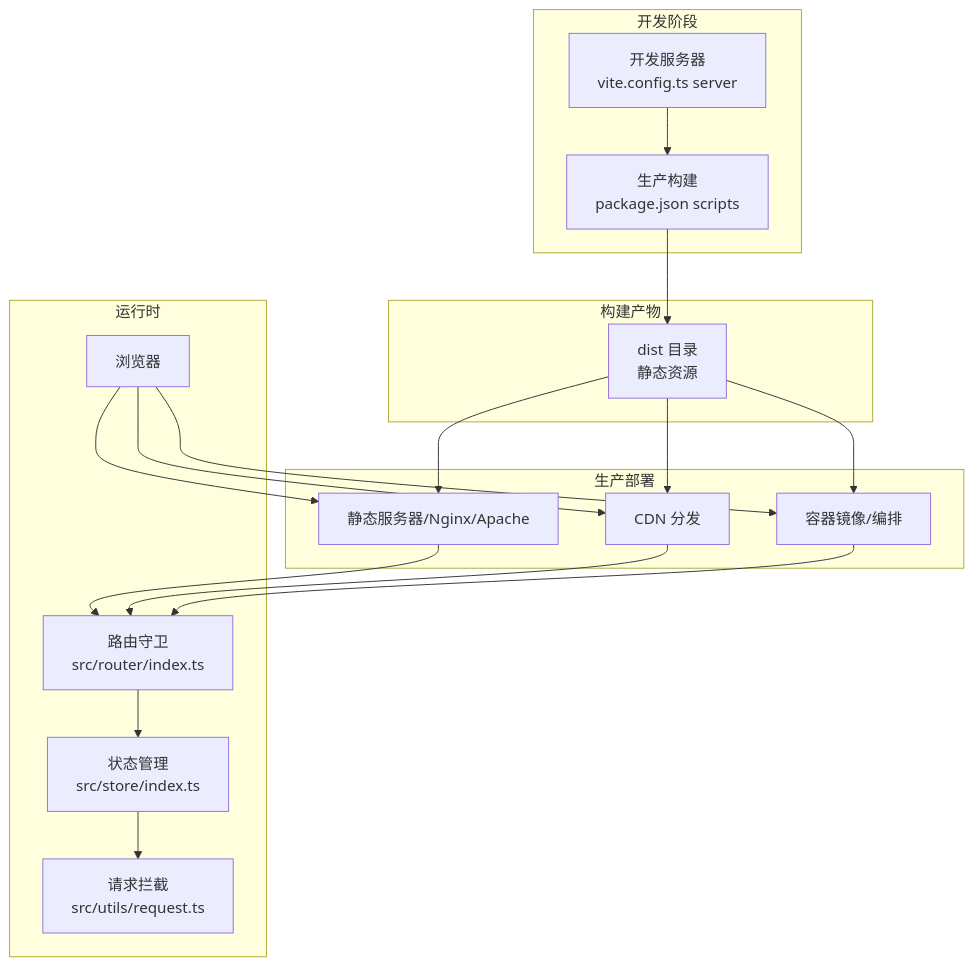
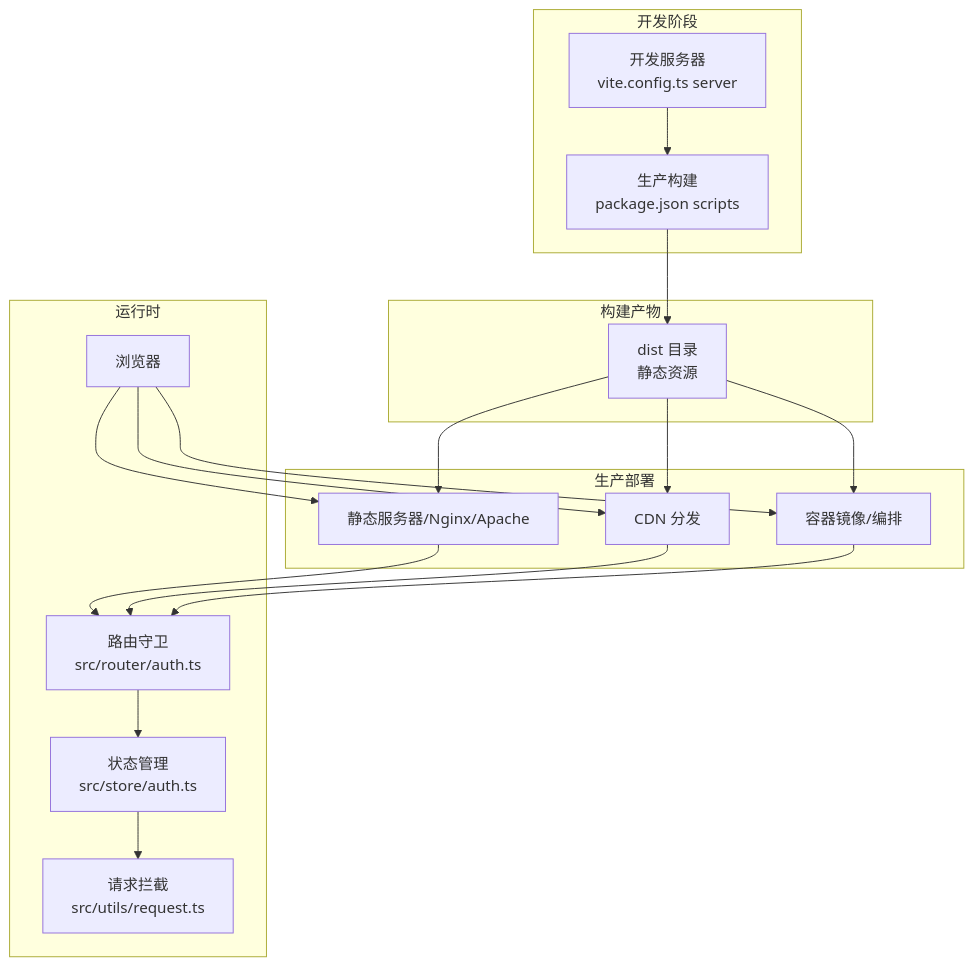
Before and after one commit to qiseyun/vue-ts-admin: the second of 5 diagrams in .qoder/repowiki/zh/content/部署指南.md, drawn with Mermaid. The commit also changed other lines of this file and 42 other files, not shown here.

````diff
--- a/.qoder/repowiki/zh/content/部署指南.md
+++ b/.qoder/repowiki/zh/content/部署指南.md
@@ -101,32 +101,32 @@
 ```mermaid
 graph TB
 subgraph "开发阶段"
 Dev["开发服务器<br/>vite.config.ts server"] --> Build["生产构建<br/>package.json scripts"]
 end
 subgraph "构建产物"
 Dist["dist 目录<br/>静态资源"]
 end
 subgraph "生产部署"
 Static["静态服务器/Nginx/Apache"]
 CDN["CDN 分发"]
 Container["容器镜像/编排"]
 end
 Build --> Dist
 Dist --> Static
 Dist --> CDN
 Dist --> Container
 subgraph "运行时"
 Browser["浏览器"]
-Router["路由守卫<br/>src/router/index.ts"]
-Store["状态管理<br/>src/store/index.ts"]
+Router["路由守卫<br/>src/router/auth.ts"]
+Store["状态管理<br/>src/store/auth.ts"]
 Request["请求拦截<br/>src/utils/request.ts"]
 end
 Browser --> Static
 Browser --> CDN
 Browser --> Container
 Static --> Router
 CDN --> Router
 Container --> Router
 Router --> Store
 Store --> Request
 ```
````
